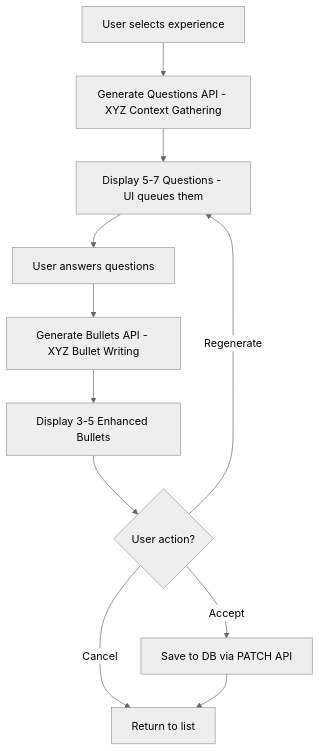
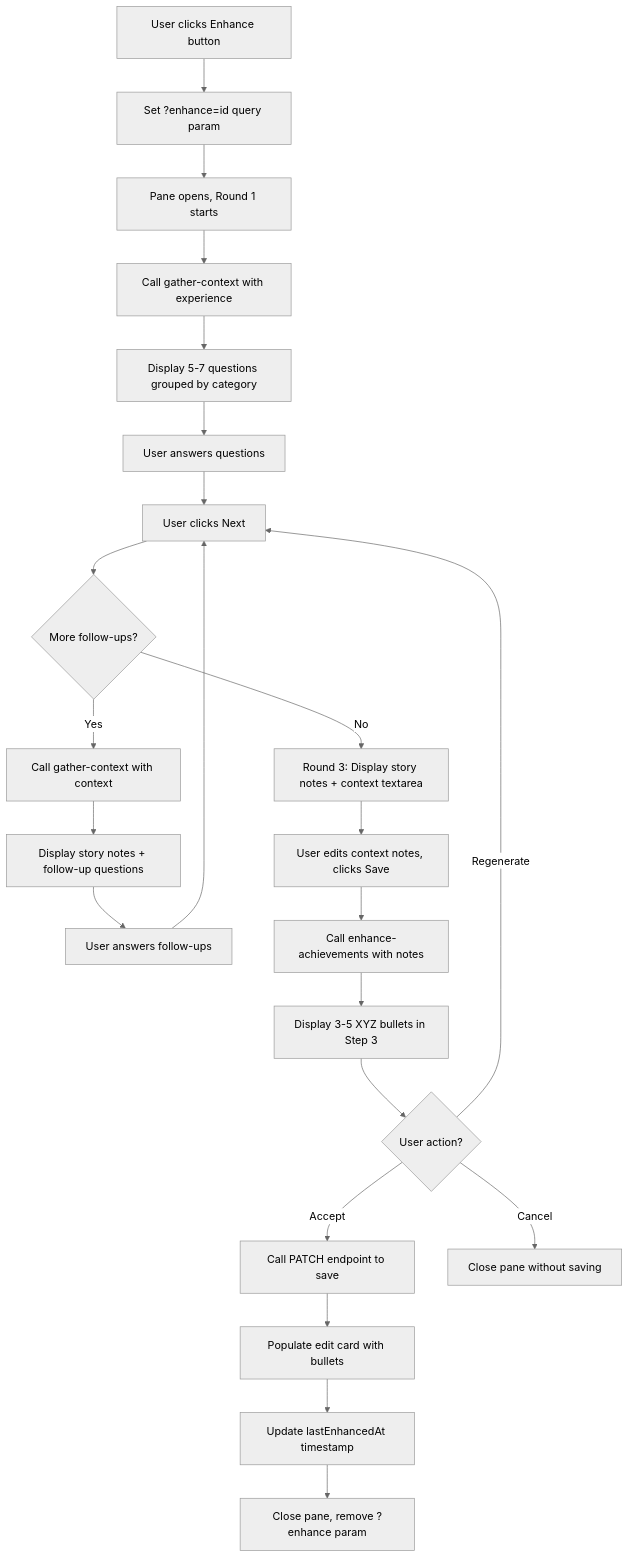
Before and after one commit to Career-Context-Co/jobsearchsage-web: the diagram in openspec/changes/add-deep-achievement-enhancement/design.md, drawn with Mermaid (neutral theme). The commit also changed other lines of this file and 13 other files, not shown here.

````diff
--- a/openspec/changes/add-deep-achievement-enhancement/design.md
+++ b/openspec/changes/add-deep-achievement-enhancement/design.md
@@ -93,13 +116,25 @@
 ```mermaid
 graph TD
-    A[User selects experience] --> B[Generate Questions API - XYZ Context Gathering]
-    B --> C[Display 5-7 Questions - UI queues them]
-    C --> D[User answers questions]
-    D --> E[Generate Bullets API - XYZ Bullet Writing]
-    E --> F[Display 3-5 Enhanced Bullets]
-    F --> G{User action?}
-    G -->|Accept| H[Save to DB via PATCH API]
-    G -->|Regenerate| C
-    G -->|Cancel| I[Return to list]
-    H --> I
+    A[User clicks Enhance button] --> B[Set ?enhance=id query param]
+    B --> C[Pane opens, Round 1 starts]
+    C --> D[Call gather-context with experience]
+    D --> E[Display 5-7 questions grouped by category]
+    E --> F[User answers questions]
+    F --> G[User clicks Next]
+    G --> H{More follow-ups?}
+    H -->|Yes| I[Call gather-context with context]
+    I --> J[Display story notes + follow-up questions]
+    J --> K[User answers follow-ups]
+    K --> G
+    H -->|No| L[Round 3: Display story notes + context textarea]
+    L --> M[User edits context notes, clicks Save]
+    M --> N[Call enhance-achievements with notes]
+    N --> O[Display 3-5 XYZ bullets in Step 3]
+    O --> P{User action?}
+    P -->|Accept| Q[Call PATCH endpoint to save]
+    Q --> R[Populate edit card with bullets]
+    R --> S[Update lastEnhancedAt timestamp]
+    S --> T[Close pane, remove ?enhance param]
+    P -->|Regenerate| G
+    P -->|Cancel| U[Close pane without saving]
 ```
````
